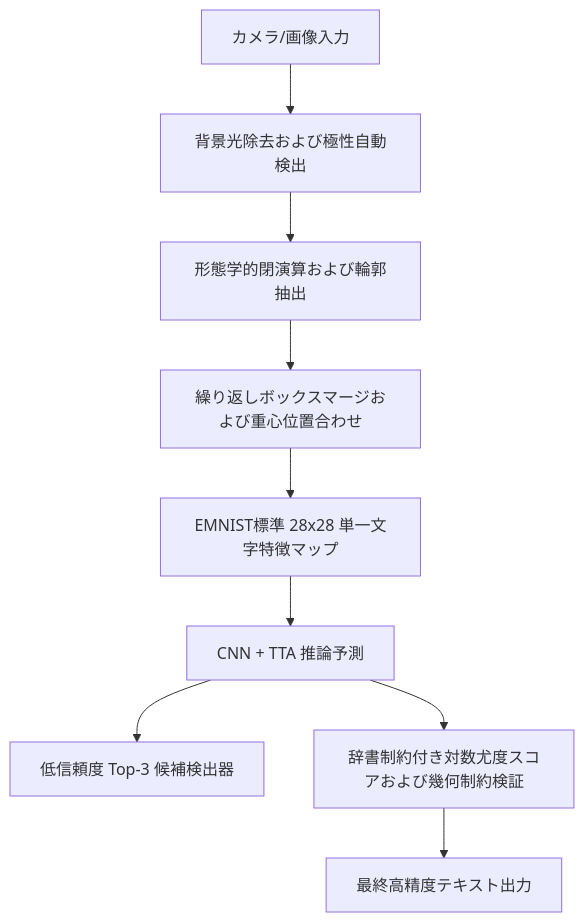
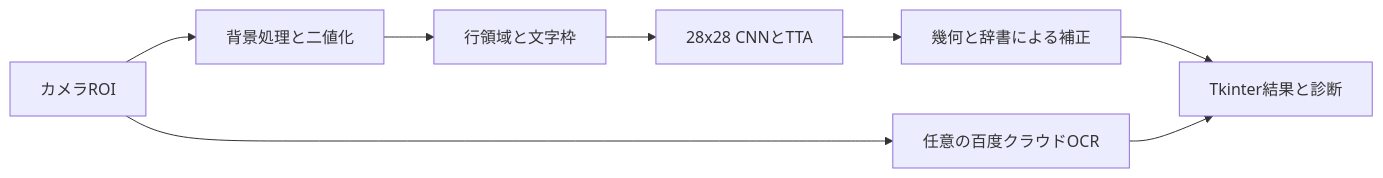
The diagram in README_JA.md (DongFengPo1412/Multi-class-Handwritten-Character-Recognition-System-Based-on-CNN), drawn with Mermaid before and after one commit. The commit also changed other lines of this file and 8 other files, not shown here.

````diff
--- a/README_JA.md
+++ b/README_JA.md
@@ -51,11 +13,10 @@
 ```mermaid
-graph TD
-    A[カメラ/画像入力] --> B[背景光除去および極性自動検出]
-    B --> C[形態学的閉演算および輪郭抽出]
-    C --> D[繰り返しボックスマージおよび重心位置合わせ]
-    D --> E[EMNIST標準 28x28 単一文字特徴マップ]
-    E --> F[CNN + TTA 推論予測]
-    F --> G[低信頼度 Top-3 候補検出器]
-    F --> H[辞書制約付き対数尤度スコアおよび幾何制約検証]
-    H --> I[最終高精度テキスト出力]
+flowchart LR
+    Camera[カメラROI] --> Pre[背景処理と二値化]
+    Pre --> Boxes[行領域と文字枠]
+    Boxes --> CNN[28x28 CNNとTTA]
+    CNN --> Decode[幾何と辞書による補正]
+    Decode --> UI[Tkinter結果と診断]
+    Camera --> Cloud[任意の百度クラウドOCR]
+    Cloud --> UI
 ```
````
